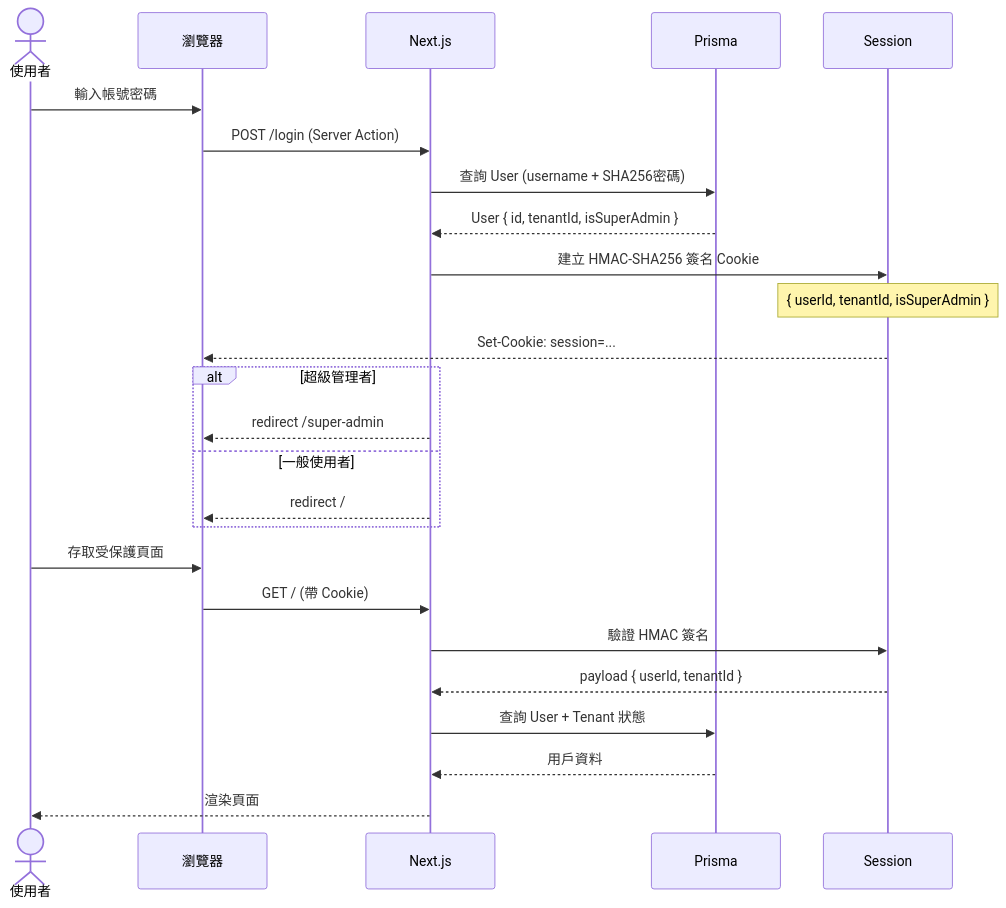
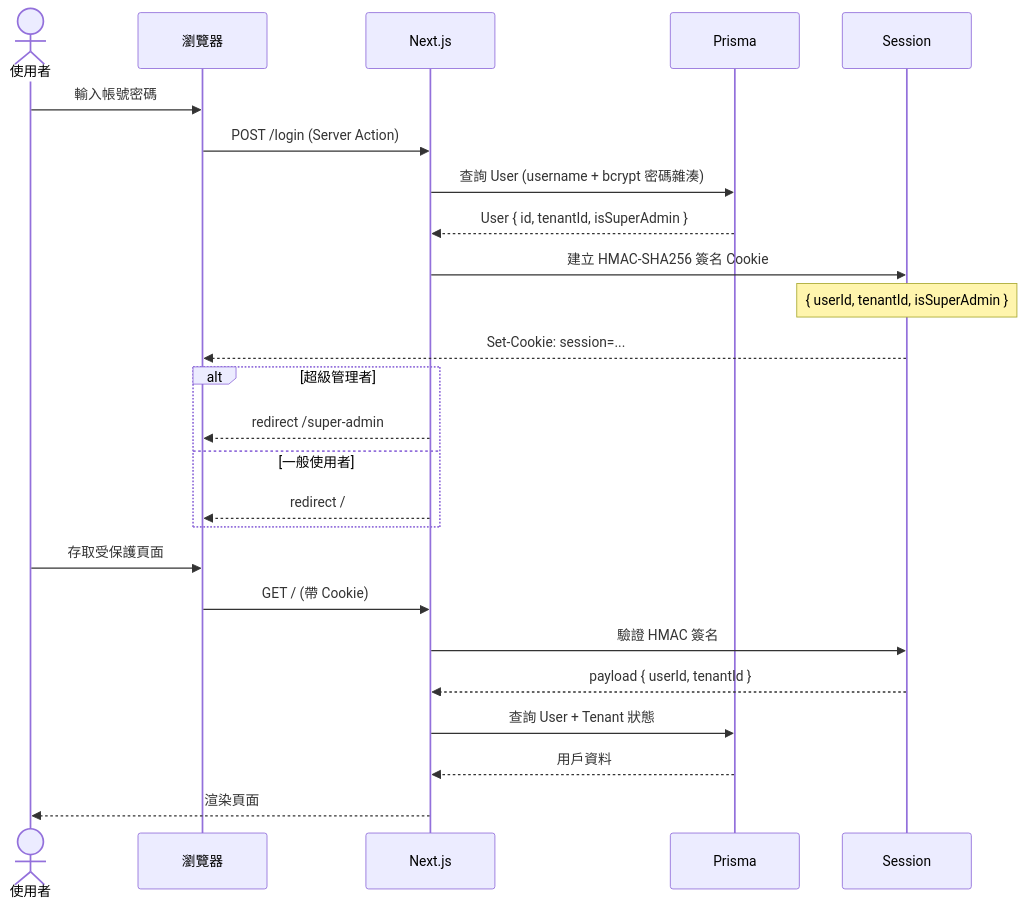
One commit to hyaochen/market-ledger changed the third of 5 diagrams in README.md. Above: the diagram before and after it, drawn with Mermaid. The commit also changed other lines of this file and 3 other files, not shown here.

````diff
--- a/README.md
+++ b/README.md
@@ -99,30 +99,30 @@
 ```mermaid
 sequenceDiagram
     actor 使用者
     participant 瀏覽器
     participant Next.js
     participant Prisma
     participant Session
 
     使用者->>瀏覽器: 輸入帳號密碼
     瀏覽器->>Next.js: POST /login (Server Action)
-    Next.js->>Prisma: 查詢 User (username + SHA256密碼)
+    Next.js->>Prisma: 查詢 User (username + bcrypt 密碼雜湊)
     Prisma-->>Next.js: User { id, tenantId, isSuperAdmin }
     Next.js->>Session: 建立 HMAC-SHA256 簽名 Cookie
     Note over Session: { userId, tenantId, isSuperAdmin }
     Session-->>瀏覽器: Set-Cookie: session=...
 
     alt 超級管理者
         Next.js-->>瀏覽器: redirect /super-admin
     else 一般使用者
         Next.js-->>瀏覽器: redirect /
     end
 
     使用者->>瀏覽器: 存取受保護頁面
     瀏覽器->>Next.js: GET / (帶 Cookie)
     Next.js->>Session: 驗證 HMAC 簽名
     Session-->>Next.js: payload { userId, tenantId }
     Next.js->>Prisma: 查詢 User + Tenant 狀態
     Prisma-->>Next.js: 用戶資料
     Next.js-->>使用者: 渲染頁面
 ```
````
